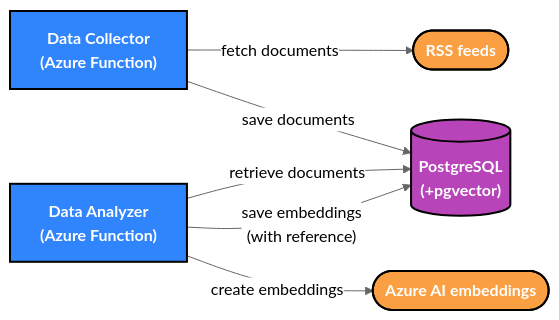
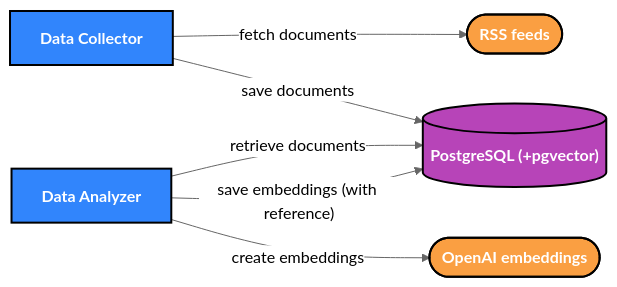
The second of 2 diagrams in README.md (initialcapacity/flask-ai-starter), drawn with Mermaid (neutral theme) before and after one commit. The commit also changed other lines of this file and 13 other files, not shown here.

````diff
--- a/README.md
+++ b/README.md
@@ -53,25 +47,25 @@
 ```mermaid
 flowchart LR
-    embeddings([Azure AI embeddings])
+    embeddings([OpenAI embeddings])
     docs(["RSS feeds"])
-    db[("PostgreSQL\n(+pgvector)")]
-    collector["Data Collector\n(Azure Function)"]
-    analyzer["Data Analyzer\n(Azure Function)"]
+    db[("PostgreSQL (+pgvector)")]
+    collector["Data Collector"]
+    analyzer["Data Analyzer"]
     
     collector -- fetch documents --> docs
     collector -- save documents --> db
     analyzer -- retrieve documents --> db
     analyzer -- create embeddings --> embeddings
-    analyzer -- "save embeddings \n (with reference)" --> db
+    analyzer -- "save embeddings (with reference)" --> db
 
     classDef node font-weight:bold,color:white,stroke:black,stroke-width:2px;
     classDef app fill:#3185FC;
     classDef db fill:#B744B8;
     class app,collector,analyzer app;
     classDef external fill:#FA9F42;
     classDef user fill:#ED6A5A;
 
     class db db;
     class docs,embeddings external;
     class user user;
 ```
````
